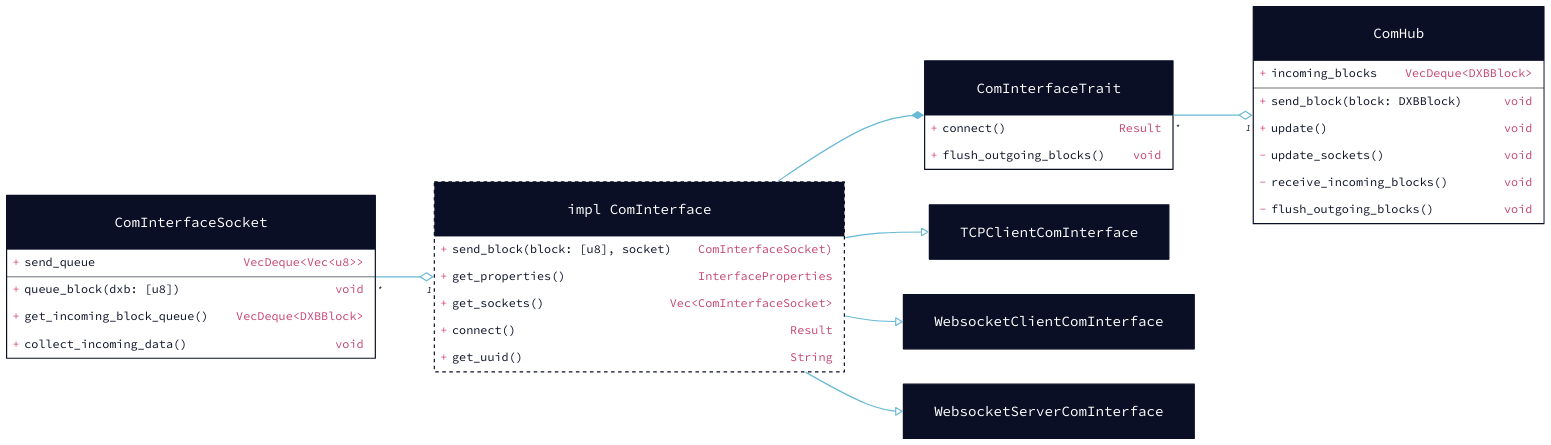
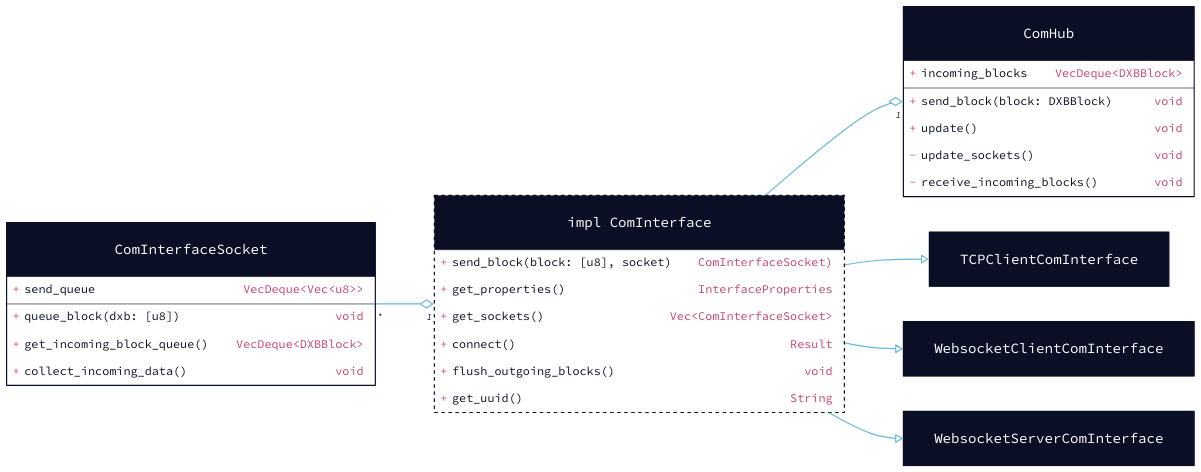
One commit to unyt-org/datex-core changed the diagram in docs/diagrams/d2/com-hub-structure.d2. Above: the diagram before and after it, drawn with D2. The commit also changed 10 other files, not shown here.

Commit message:
refactor: remove ComInterfaceTrait

```diff
--- a/docs/diagrams/d2/com-hub-structure.d2
+++ b/docs/diagrams/d2/com-hub-structure.d2
@@ -1,112 +1,98 @@
 vars: {
   d2-config: {
     theme-overrides: {
       B1: "#69B9D5"
       B2: "#D44778"
       B3: "#5D5D5D"
       B4: "#404040"
       B5: "#252525"
       B6: "#313244"
 
       AA2: "#C64472"
       AA4: "#252525"
       AA5: "#313244"
 
       AB4: "#252525"
       AB5: "#313244"
     }
   }
 }
 
 direction: right
 
 classes: {
   n_to_one: {
     source-arrowhead: 1 {
       shape: diamond
     }
     target-arrowhead: *
   }
 
   impl: {
     target-arrowhead: {
       style.filled: false
     }
   }
 }
 
 ComHub: {
   shape: class
 
   +incoming_blocks: VecDeque<DXBBlock>
 
   +send_block(block\: DXBBlock)
   +update()
 
   -update_sockets()
   -receive_incoming_blocks()
-  -flush_outgoing_blocks()
 }
 
-ComHub <- ComInterfaceTrait: {
+ComHub <- impl ComInterface: {
   class: n_to_one
-}
-
-ComInterfaceTrait: {
-  shape: class
-
-  +connect(): Result
-  +flush_outgoing_blocks()
-}
-
-ComInterfaceTrait <- impl ComInterface: {
-  source-arrowhead: {
-    shape: diamond
-    style.filled: true
-  }
 }
 
 impl ComInterface: {
   shape: class
   style.stroke-dash: 3
 
   send_block(block\: \[u8\], socket): ComInterfaceSocket)
   get_properties(): InterfaceProperties
   get_sockets(): Vec<ComInterfaceSocket>
   connect(): Result
+  flush_outgoing_blocks()
   get_uuid(): String
 }
 
 impl ComInterface <- ComInterfaceSocket: {
   class: n_to_one
 }
 
 impl ComInterface -> TCPClientComInterface: {
   class: impl
 }
 impl ComInterface -> WebsocketClientComInterface: {
   class: impl
 }
 impl ComInterface -> WebsocketServerComInterface: {
   class: impl
 }
 
 TCPClientComInterface: {
   shape: class
 }
 WebsocketClientComInterface: {
   shape: class
 }
 WebsocketServerComInterface: {
   shape: class
 }
 
 ComInterfaceSocket: {
   shape: class
 
   send_queue: VecDeque<Vec<u8>>
 
   +queue_block(dxb\: \[u8\])
   +get_incoming_block_queue(): VecDeque<DXBBlock>
   +collect_incoming_data()
 }
```
